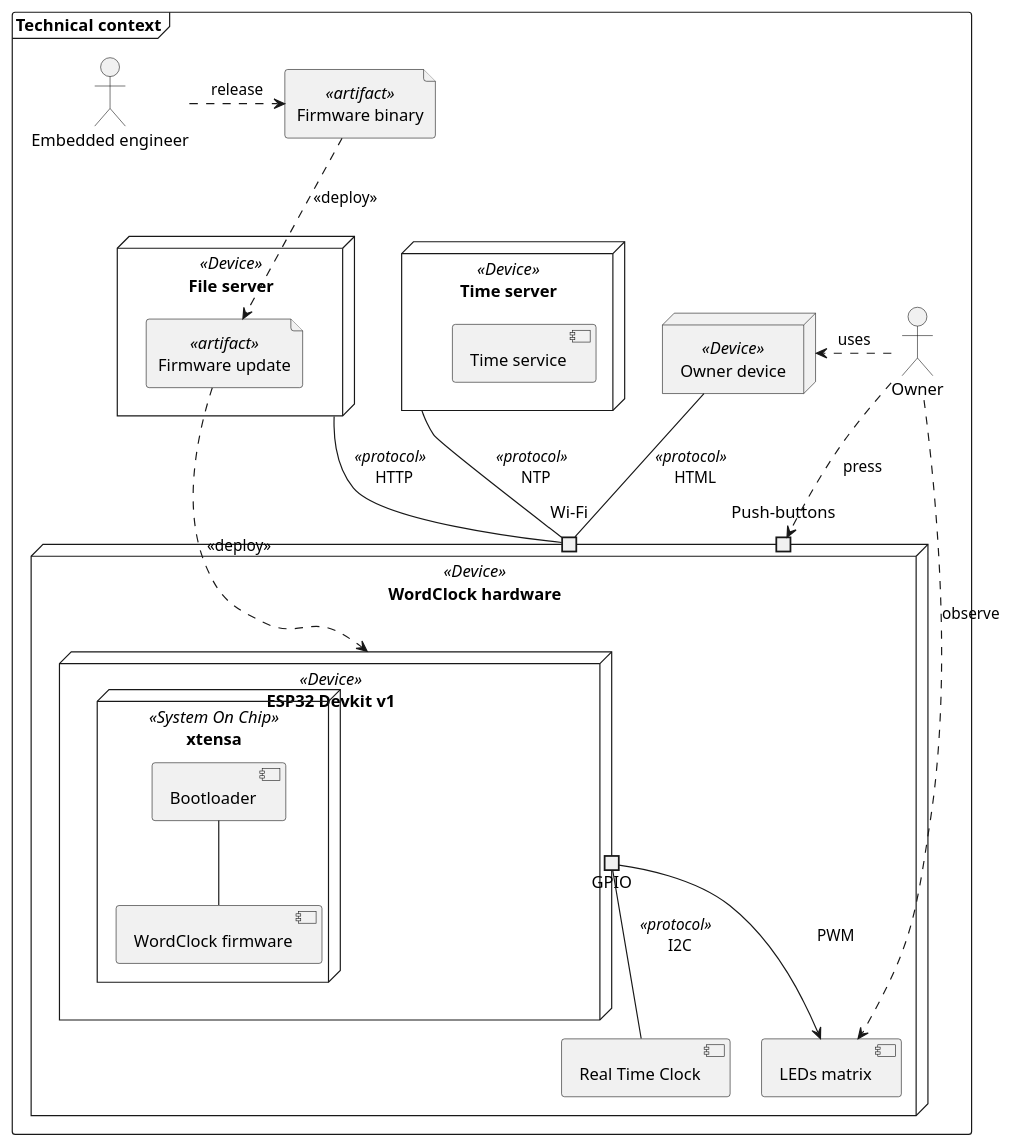
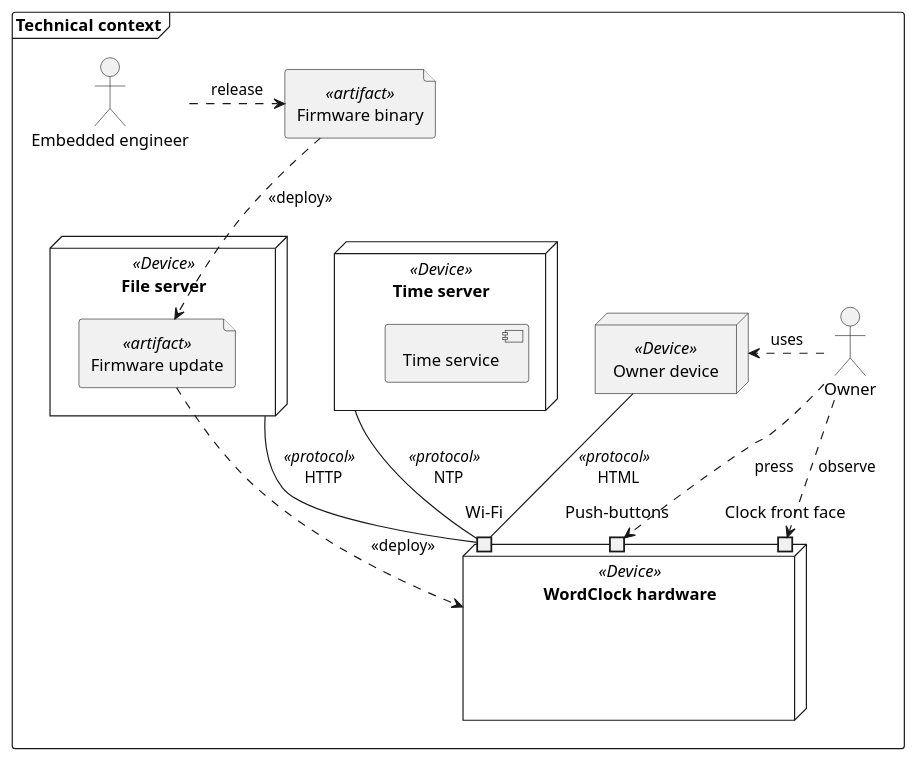
The diagram in doc/uml/1_problem_description/system_context/technical_context.puml (lmayencourt/wordclock), drawn with PlantUML before and after one commit. The commit also changed 4 other files, not shown here.

```diff
--- a/doc/uml/1_problem_description/system_context/technical_context.puml
+++ b/doc/uml/1_problem_description/system_context/technical_context.puml
@@ -1,56 +1,40 @@
 @startuml
 frame "Technical context" {
 
 together {
     actor Owner
     node "Owner device" as Owner_device << Device >>
 }
 
 actor "Embedded engineer" as Embedded_engineer
 file "Firmware binary" as Fw_binary << artifact >>
 
 node "WordClock hardware" as Clk_hw << Device >> {
     port "Wi-Fi" as Wifi
     port "Push-buttons" as Push_buttons
-
-    Node "ESP32 Devkit v1" as Esp32 << Device >> {
-        portout GPIO
-        node xtensa << System On Chip >> {
-            component Bootloader
-            component "WordClock firmware" as Clk_fw
-        }
-        ' database "Non volatile storage" as flash
-    }
-
-    component "LEDs matrix" as Led_matrix
-    component "Real Time Clock" as Rtc
+    port "Clock front face" as clk_face
 }
 
 node "Time server" as Ntp_server << Device >> {
     component "Time service"
 }
 
 node "File server" as File_server << Device >> {
     file "Firmware update" as Firmware_update << artifact >>
 }
 
-Bootloader -- Clk_fw
-
-GPIO -- Rtc: //<< protocol >>//  \nI2C
-GPIO --> Led_matrix: PWM
-
 Ntp_server -- Wifi: //<< protocol >>//  \nNTP
 
 Embedded_engineer .> Fw_binary: release
 Fw_binary ..> Firmware_update: << deploy >>
 File_server -- Wifi: //<< protocol >>//  \nHTTP 
 
-Firmware_update ..> Esp32: << deploy >>
+Firmware_update ..> Clk_hw: << deploy >>
 
 Owner .> Owner_device: uses
 Owner_device -- Wifi: //<< protocol >>//  \nHTML
 Owner ..> Push_buttons: press
-Owner ..> Led_matrix: observe
+Owner ..> clk_face: observe
 
 }
 @enduml
```
